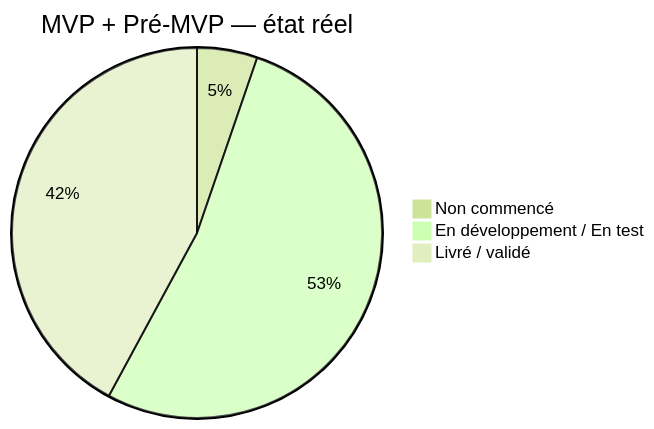
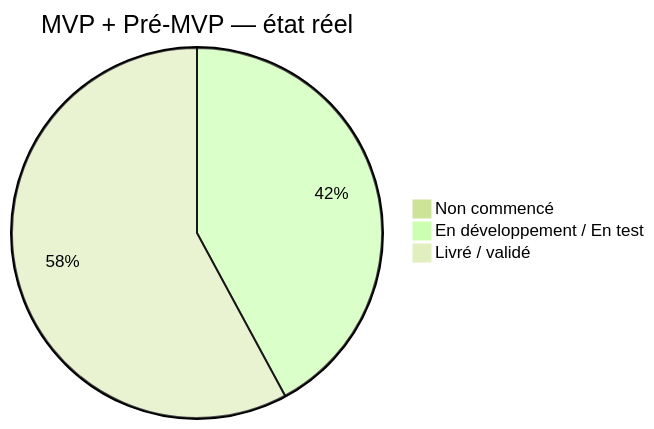
One commit to JavaChrist/Tai-Chi-AI-Coach changed the first of 5 diagrams in docs/runtime/02_FEATURE_STATUS.md. Above: the diagram before and after it, drawn with Mermaid (forest theme). The commit also changed other lines of this file and 16 other files, not shown here.

````diff
--- a/docs/runtime/02_FEATURE_STATUS.md
+++ b/docs/runtime/02_FEATURE_STATUS.md
@@ -138,6 +140,6 @@
 ```mermaid
 pie title MVP + Pré-MVP — état réel
-  "Non commencé" : 1
-  "En développement / En test" : 10
-  "Livré / validé" : 8
+  "Non commencé" : 0
+  "En développement / En test" : 8
+  "Livré / validé" : 11
 ```
````
